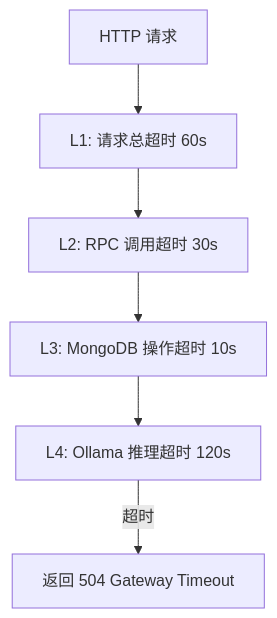
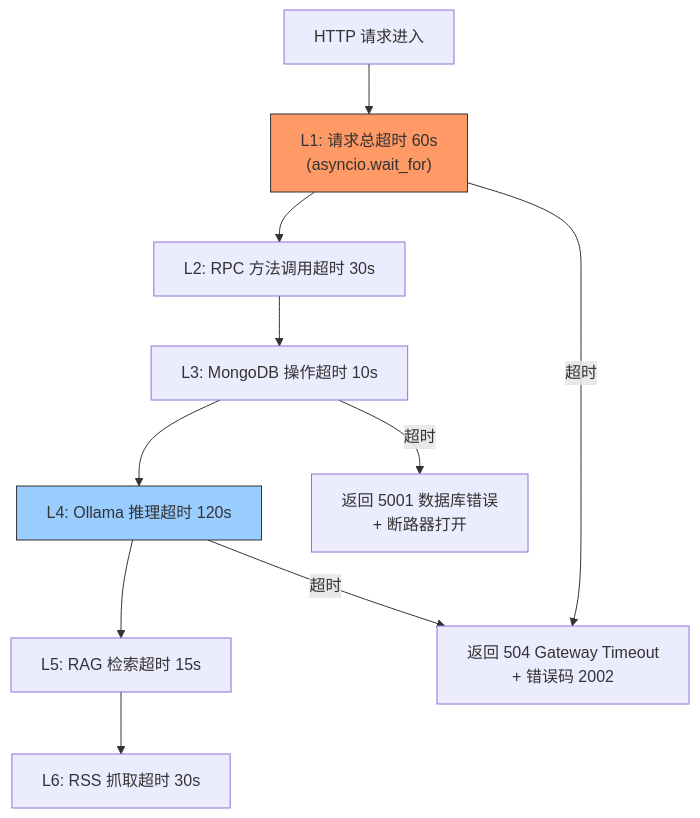
Before and after one commit to effiy/YrY: the diagram in YiKnowledge/projects/yiai/devs/2026-09/67-prd-task-全局超时控制.md, drawn with Mermaid. The commit also changed other lines of this file and 4958 other files, not shown here.

````diff
--- a/YiKnowledge/projects/yiai/devs/2026-09/67-prd-task-全局超时控制.md
+++ b/YiKnowledge/projects/yiai/devs/2026-09/67-prd-task-全局超时控制.md
@@ -33,8 +36,15 @@
 ```mermaid
 flowchart TD
-  REQ["HTTP 请求"] --> T1["L1: 请求总超时 60s"]
-  T1 --> T2["L2: RPC 调用超时 30s"]
-  T2 --> T3["L3: MongoDB 操作超时 10s"]
-  T3 --> T4["L4: Ollama 推理超时 120s"]
-  T4 -- 超时 --> ERR["返回 504 Gateway Timeout"]
+    REQ["HTTP 请求进入"] --> T1["L1: 请求总超时 60s\n(asyncio.wait_for)"]
+    T1 --> T2["L2: RPC 方法调用超时 30s"]
+    T2 --> T3["L3: MongoDB 操作超时 10s"]
+    T3 --> T4["L4: Ollama 推理超时 120s"]
+    T4 --> T5["L5: RAG 检索超时 15s"]
+    T5 --> T6["L6: RSS 抓取超时 30s"]
+    T4 -- "超时" --> ERR["返回 504 Gateway Timeout\n+ 错误码 2002"]
+    T3 -- "超时" --> ERR2["返回 5001 数据库错误\n+ 断路器打开"]
+    T1 -- "超时" --> ERR
+
+    style T1 fill:#f96,stroke:#333
+    style T4 fill:#9cf,stroke:#333
 ```
````
